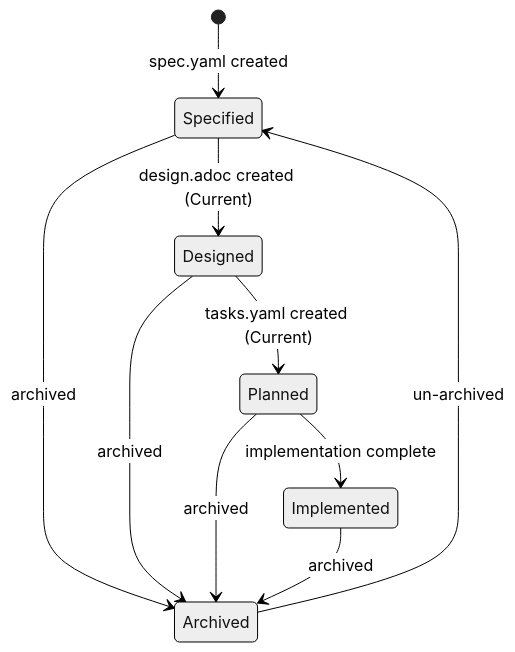
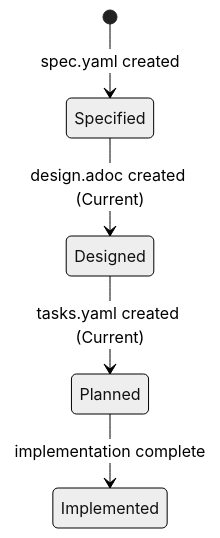
One commit to provenimpact/proven-capability changed the third of 3 diagrams in skills/proven-needs/SKILL.md. Above: the diagram before and after it, drawn with Mermaid (neutral theme). The commit also changed other lines of this file and 19 other files, not shown here.

````diff
--- a/skills/proven-needs/SKILL.md
+++ b/skills/proven-needs/SKILL.md
@@ -694,13 +695,8 @@
 ```mermaid
 stateDiagram-v2
     [*] --> Specified : spec.yaml created
     Specified --> Designed : design.adoc created (Current)
     Designed --> Planned : tasks.yaml created (Current)
     Planned --> Implemented : implementation complete
 
-    Specified --> Archived : archived
-    Designed --> Archived : archived
-    Planned --> Archived : archived
-    Implemented --> Archived : archived
-    Archived --> Specified : un-archived
 ```
````
